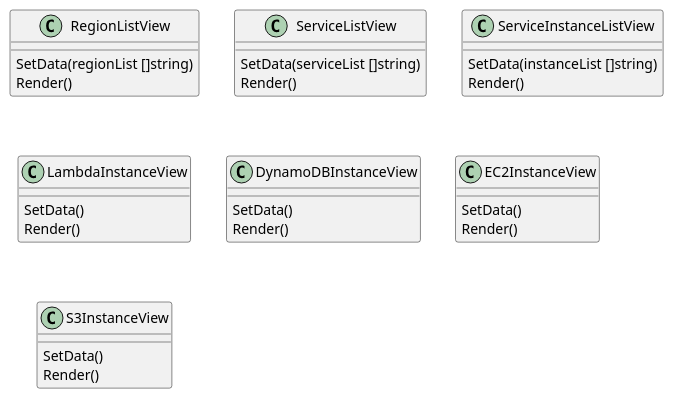
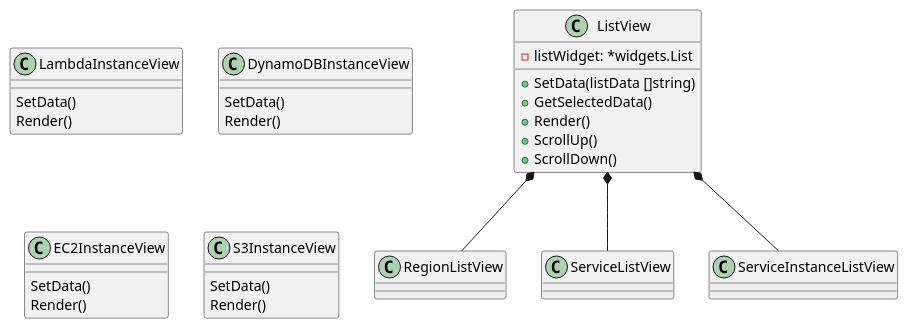
Before and after one commit to kidomine/awsexplorer: the diagram in docs/diagrams/view.puml, drawn with PlantUML. The commit also changed 7 other files, not shown here.

```diff
--- a/docs/diagrams/view.puml
+++ b/docs/diagrams/view.puml
@@ -1,38 +1,45 @@
 @startuml
 
+class ListView {
+	-listWidget: *widgets.List
+	+SetData(listData []string)
+    +GetSelectedData()
+    +Render()
+    +ScrollUp()
+    +ScrollDown()
+}
+
 class RegionListView {
-    SetData(regionList []string)
-    Render()
 }
 
 class ServiceListView {
-    SetData(serviceList []string)
-    Render()
 }
 
 class ServiceInstanceListView {
-    SetData(instanceList []string)
-    Render()
 }
 
 class LambdaInstanceView {
     SetData()
     Render()
 }
 
 class DynamoDBInstanceView {
     SetData()
     Render()
 }
 
 class EC2InstanceView {
     SetData()
     Render()
 }
 
 class S3InstanceView {
     SetData()
     Render()
 }
 
+ListView *-down- RegionListView
+ListView *-down- ServiceListView
+ListView *-down- ServiceInstanceListView
+
 @enduml
```
